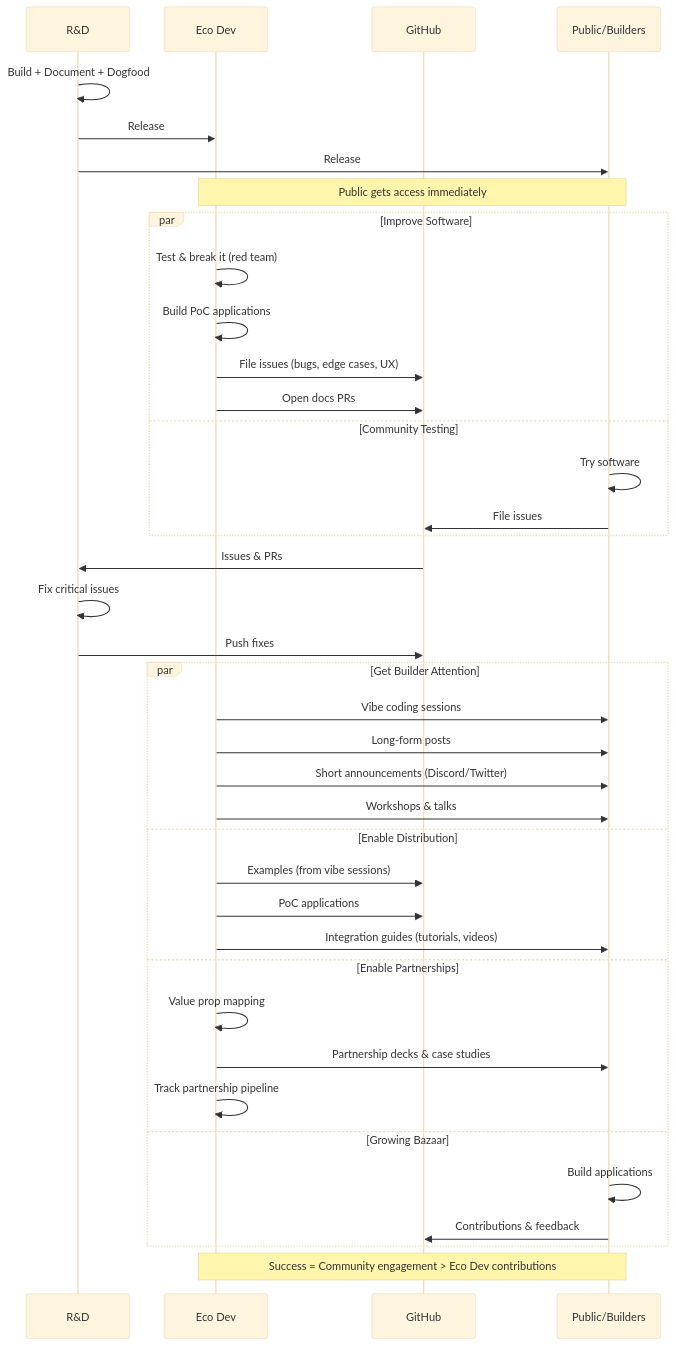
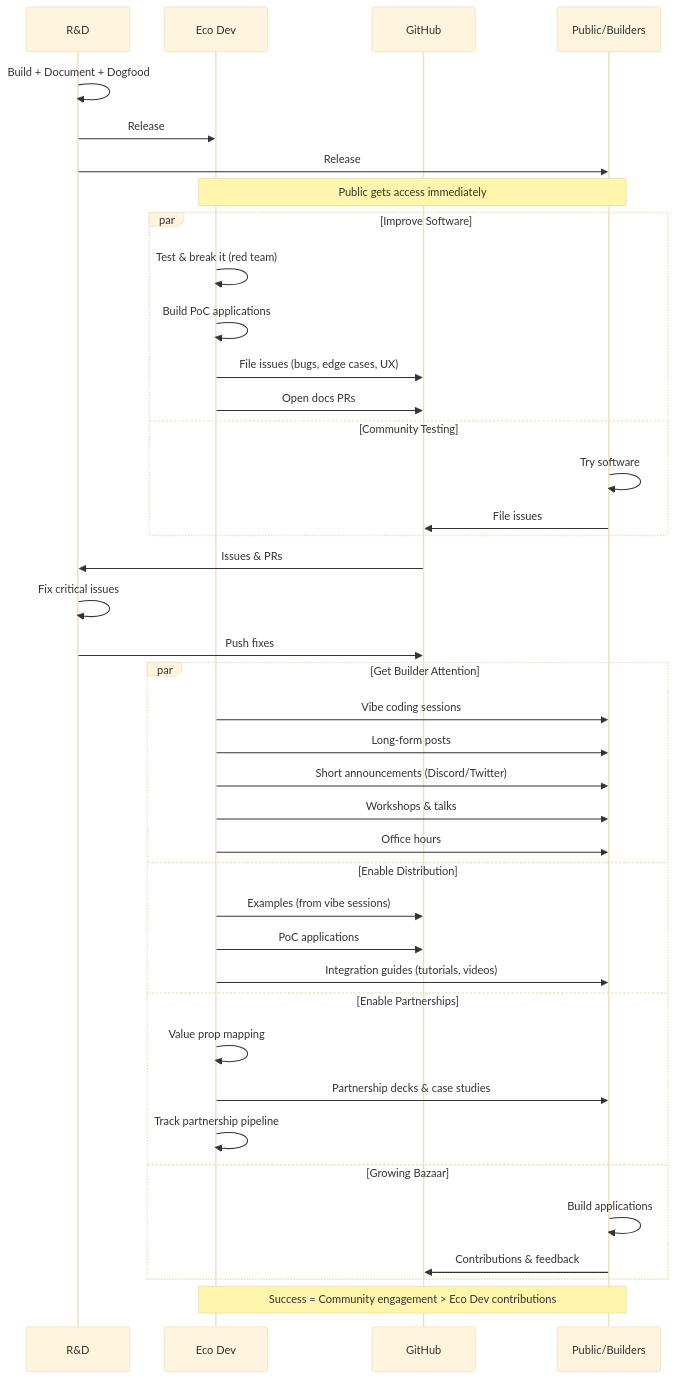
The diagram in content/handoff.md (logos-co/ecosystem), drawn with Mermaid (base theme) before and after one commit. The commit also changed other lines of this file, not shown here.

Commit message:
Add office hours

````diff
--- a/content/handoff.md
+++ b/content/handoff.md
@@ -97,47 +98,48 @@
 ```mermaid
 sequenceDiagram
     participant RD as R&D
     participant ED as Eco Dev
     participant GH as GitHub
     participant PUB as Public/Builders
 
     RD->>RD: Build + Document + Dogfood
     RD->>ED: Release
     RD->>PUB: Release
 
     Note over ED,PUB: Public gets access immediately
 
     par Improve Software
         ED->>ED: Test & break it (red team)
         ED->>ED: Build PoC applications
         ED->>GH: File issues (bugs, edge cases, UX)
         ED->>GH: Open docs PRs
     and Community Testing
         PUB->>PUB: Try software
         PUB->>GH: File issues
     end
 
     GH->>RD: Issues & PRs
     RD->>RD: Fix critical issues
     RD->>GH: Push fixes
 
     par Get Builder Attention
         ED->>PUB: Vibe coding sessions
         ED->>PUB: Long-form posts
         ED->>PUB: Short announcements (Discord/Twitter)
         ED->>PUB: Workshops & talks
+        ED->>PUB: Office hours
     and Enable Distribution
         ED->>GH: Examples (from vibe sessions)
         ED->>GH: PoC applications
         ED->>PUB: Integration guides (tutorials, videos)
     and Enable Partnerships
         ED->>ED: Value prop mapping
         ED->>PUB: Partnership decks & case studies
         ED->>ED: Track partnership pipeline
     and Growing Bazaar
         PUB->>PUB: Build applications
         PUB->>GH: Contributions & feedback
     end
 
     Note over ED,PUB: Success = Community engagement > Eco Dev contributions
 ```
````
